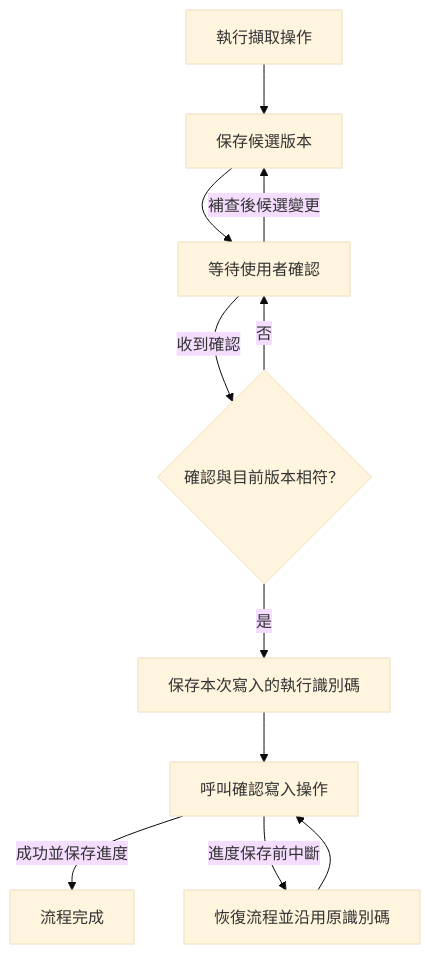
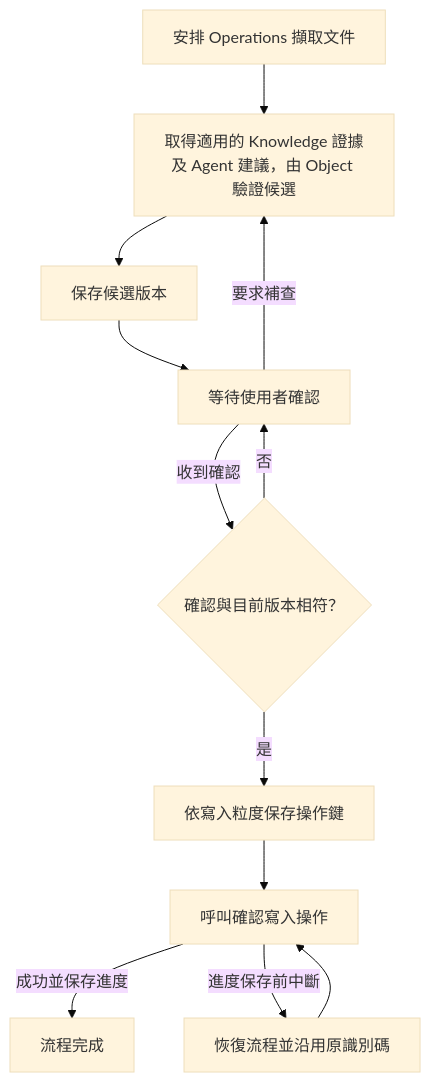
Before and after one commit to 963sup/line-mini-app-bot: the diagram in docs/domains/workflow/design.md, drawn with Mermaid (base theme). The commit also changed other lines of this file and 38 other files, not shown here.

````diff
--- a/docs/domains/workflow/design.md
+++ b/docs/domains/workflow/design.md
@@ -25,13 +42,14 @@
 ```mermaid
 flowchart TD
-    extract["執行擷取操作"] --> save["保存候選版本"]
+    extract["安排 Operations 擷取文件"] --> prepare["取得適用的 Knowledge 證據及 Agent 建議，由 Object 驗證候選"]
+    prepare --> save["保存候選版本"]
     save --> waitForUser["等待使用者確認"]
-    waitForUser -->|補查後候選變更| save
+    waitForUser -->|要求補查| prepare
     waitForUser -->|收到確認| current{"確認與目前版本相符？"}
     current -->|否| waitForUser
-    current -->|是| key["保存本次寫入的執行識別碼"]
+    current -->|是| key["依寫入粒度保存操作鍵"]
     key --> write["呼叫確認寫入操作"]
     write -->|成功並保存進度| done["流程完成"]
     write -->|進度保存前中斷| resume["恢復流程並沿用原識別碼"]
     resume --> write
 ```
````
